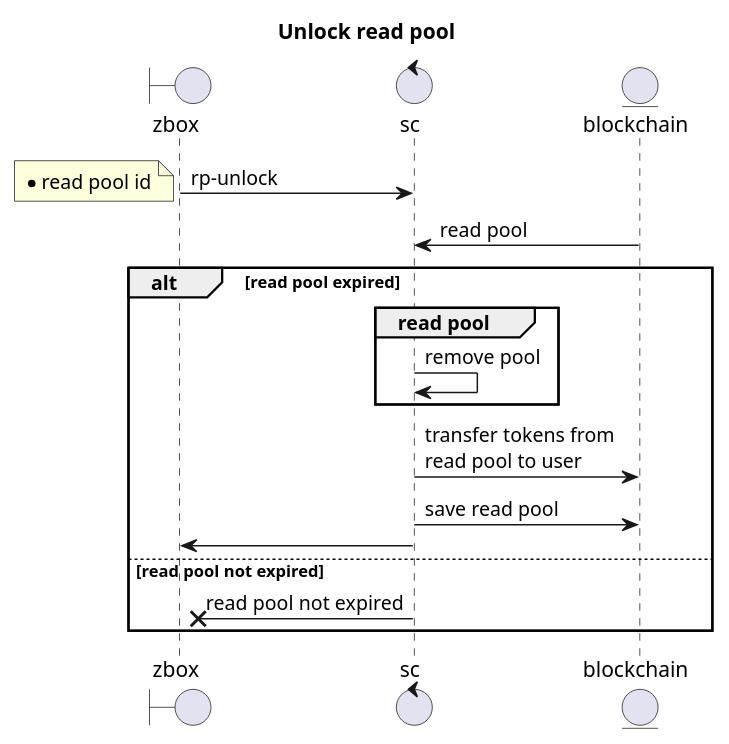
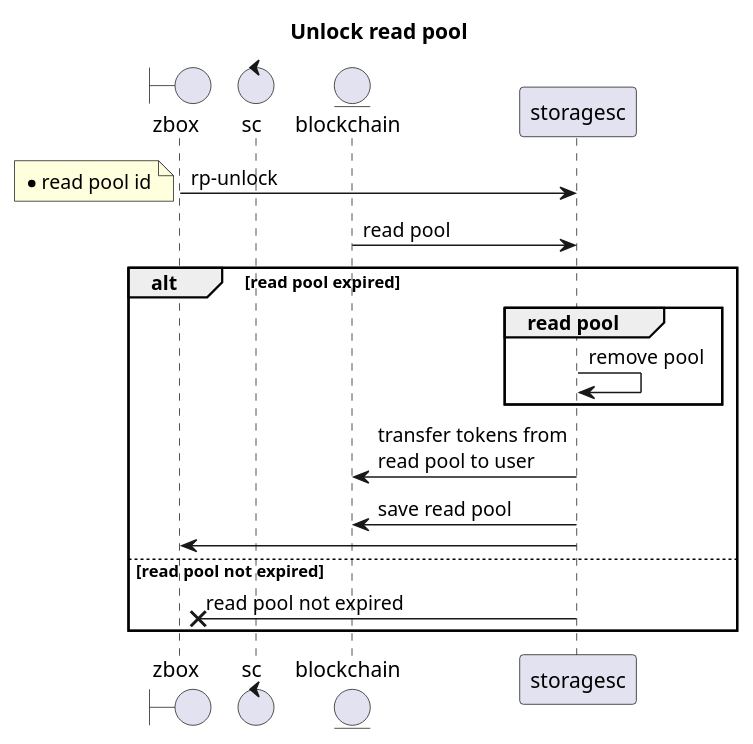
Diagram 29 of 32 in documents/uml.md (0chain/zboxcli), drawn with PlantUML before and after one commit. The commit also changed other lines of this file and 1 other file, not shown here.

````diff
--- a/documents/uml.md
+++ b/documents/uml.md
@@ -667,21 +673,21 @@
 ```puml
 boundary zbox
 control sc
 entity blockchain
 title Unlock read pool
-zbox -> sc : rp-unlock
+zbox ->storagesc: rp-unlock
 note left
     * read pool id
 end note 
-blockchain -> sc : read pool
+blockchain ->storagesc: read pool
 alt read pool expired
     group read pool
-        sc -> sc : remove pool
+       storagesc->storagesc: remove pool
     end
-    sc -> blockchain : transfer tokens from\nread pool to user
-    sc -> blockchain : save read pool
-    sc -> zbox
+   storagesc-> blockchain : transfer tokens from\nread pool to user
+   storagesc-> blockchain : save read pool
+   storagesc-> zbox
 else read pool not expired
-    sc ->x zbox : read pool not expired
+   storagesc->x zbox : read pool not expired
 end
 ```
````
